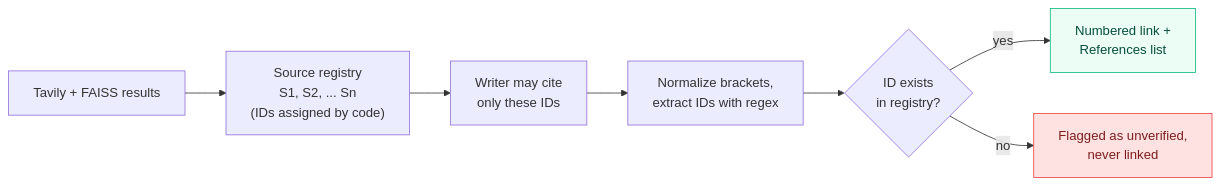
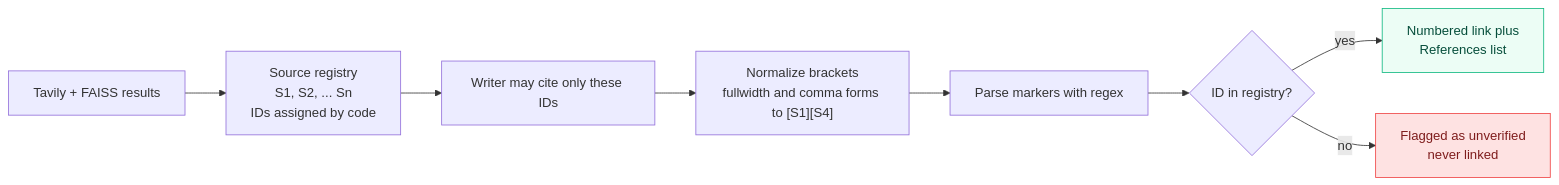
Before and after one commit to ADHIRAJ994/Research-Agent: the sixth of 9 diagrams in README.md, drawn with Mermaid. The commit also changed other lines of this file, not shown here.

````diff
--- a/README.md
+++ b/README.md
@@ -129,14 +173,15 @@
 ```mermaid
 flowchart LR
-    S["Tavily + FAISS results"] --> REG["Source registry<br/>S1, S2, ... Sn<br/>(IDs assigned by code)"]
-    REG --> W["Writer may cite<br/>only these IDs"]
-    W --> N["Normalize brackets,<br/>extract IDs with regex"]
-    N --> CHK{"ID exists<br/>in registry?"}
-    CHK -->|yes| L["Numbered link +<br/>References list"]
-    CHK -->|no| U["Flagged as unverified,<br/>never linked"]
+    S["Tavily + FAISS results"] --> REG["Source registry<br/>S1, S2, ... Sn<br/>IDs assigned by code"]
+    REG --> W["Writer may cite only these IDs"]
+    W --> N["Normalize brackets<br/>fullwidth and comma forms to [S1][S4]"]
+    N --> X["Parse markers with regex"]
+    X --> CHK{"ID in registry?"}
+    CHK -->|yes| L["Numbered link plus<br/>References list"]
+    CHK -->|no| U["Flagged as unverified<br/>never linked"]
 
     classDef good fill:#ECFDF5,stroke:#10B981,color:#064E3B
     classDef bad fill:#FEE2E2,stroke:#EF4444,color:#7F1D1D
     class L good
     class U bad
 ```
````
